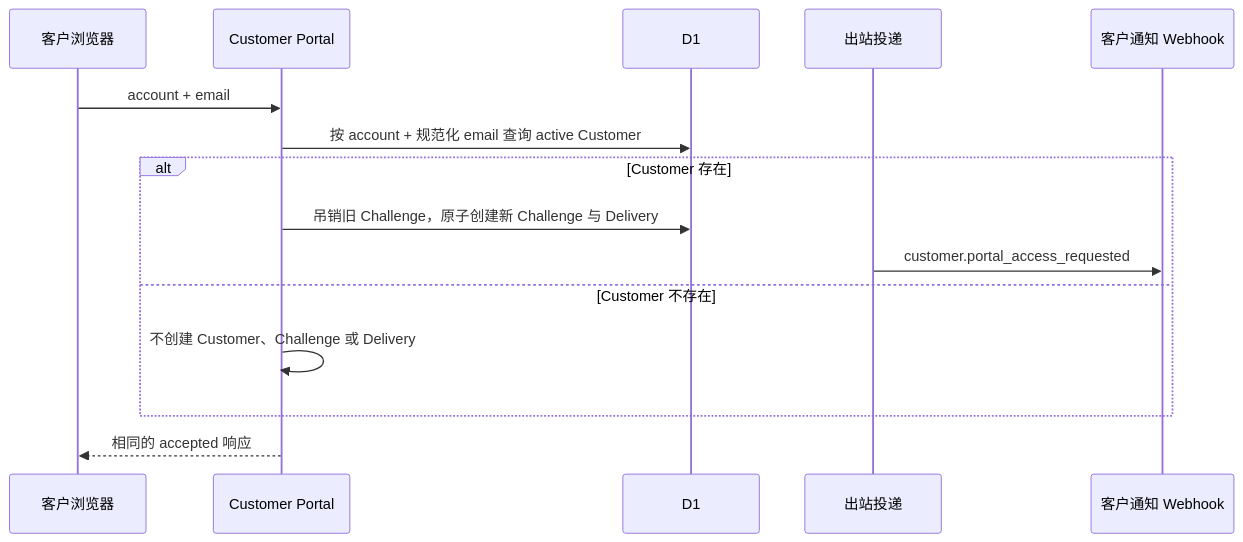
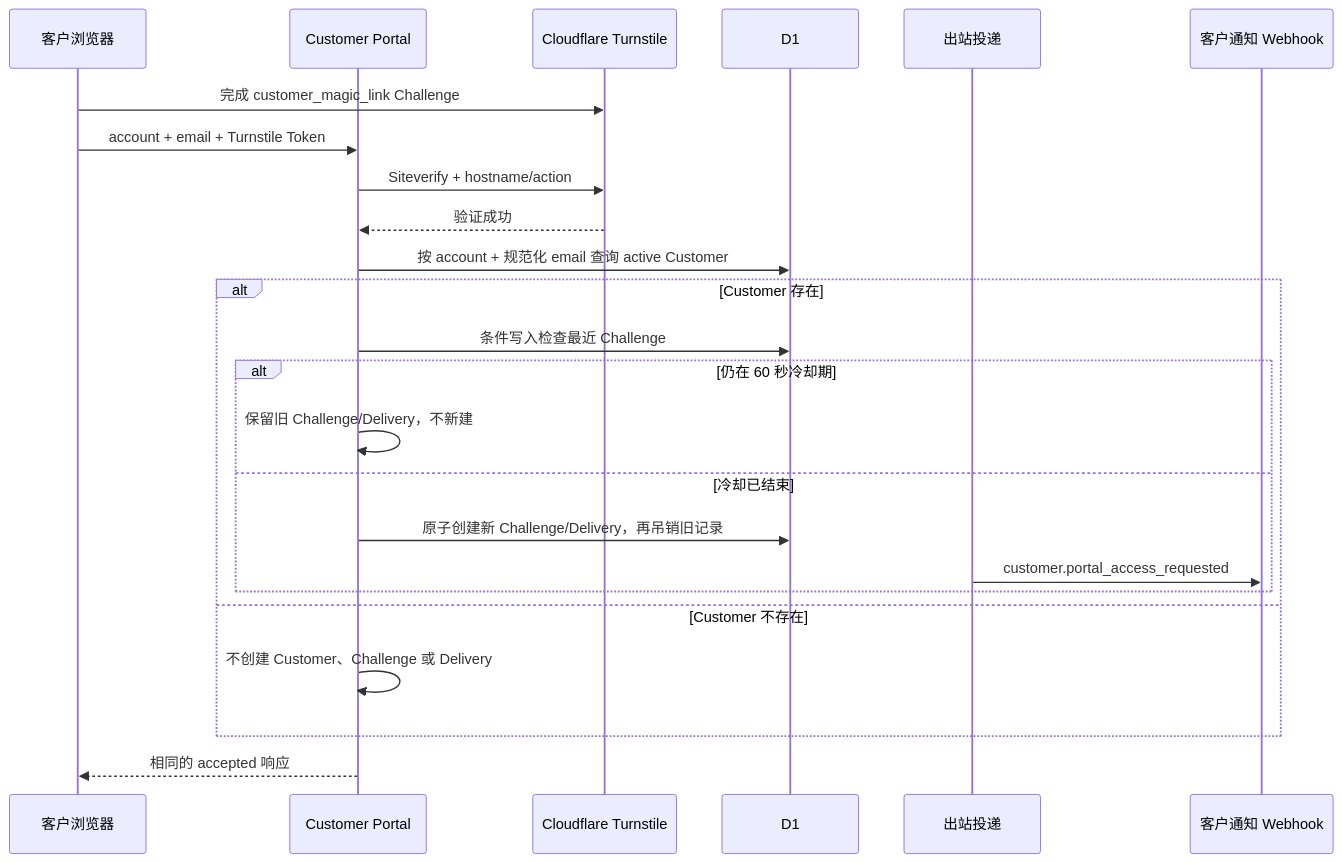
Before and after one commit to LicenKit/licenkit: the second of 3 diagrams in docs/zh-CN/02-business-flows.md, drawn with Mermaid. The commit also changed other lines of this file and 8 other files, not shown here.

Commit message:
Update documentation and schema to align with v1 architecture

````diff
--- a/docs/zh-CN/02-business-flows.md
+++ b/docs/zh-CN/02-business-flows.md
@@ -376,18 +402,27 @@
 ```mermaid
 sequenceDiagram
     participant Customer as 客户浏览器
     participant Portal as Customer Portal
+    participant Turnstile as Cloudflare Turnstile
     participant DB as D1
     participant Outbox as 出站投递
     participant Receiver as 客户通知 Webhook
 
-    Customer->>Portal: account + email
+    Customer->>Turnstile: 完成 customer_magic_link Challenge
+    Customer->>Portal: account + email + Turnstile Token
+    Portal->>Turnstile: Siteverify + hostname/action
+    Turnstile-->>Portal: 验证成功
     Portal->>DB: 按 account + 规范化 email 查询 active Customer
     alt Customer 存在
-        Portal->>DB: 吊销旧 Challenge，原子创建新 Challenge 与 Delivery
-        Outbox->>Receiver: customer.portal_access_requested
+        Portal->>DB: 条件写入检查最近 Challenge
+        alt 仍在 60 秒冷却期
+            Portal->>Portal: 保留旧 Challenge/Delivery，不新建
+        else 冷却已结束
+            Portal->>DB: 原子创建新 Challenge/Delivery，再吊销旧记录
+            Outbox->>Receiver: customer.portal_access_requested
+        end
     else Customer 不存在
         Portal->>Portal: 不创建 Customer、Challenge 或 Delivery
     end
     Portal-->>Customer: 相同的 accepted 响应
 ```
````
